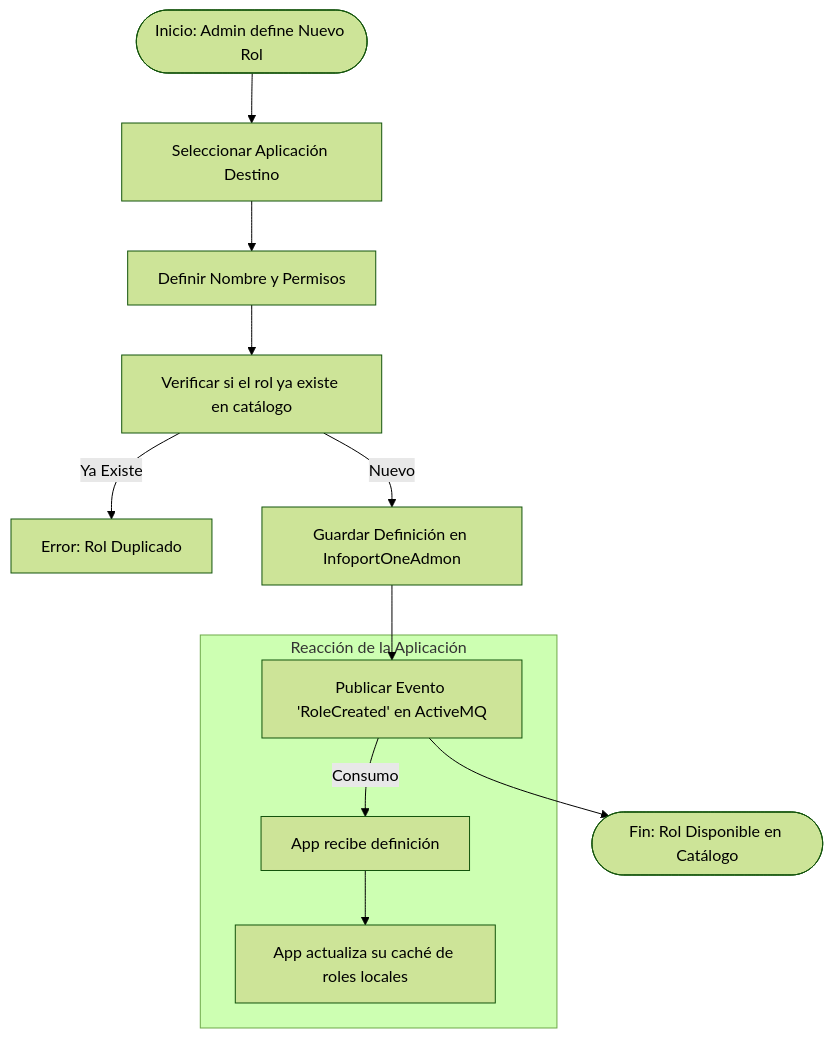
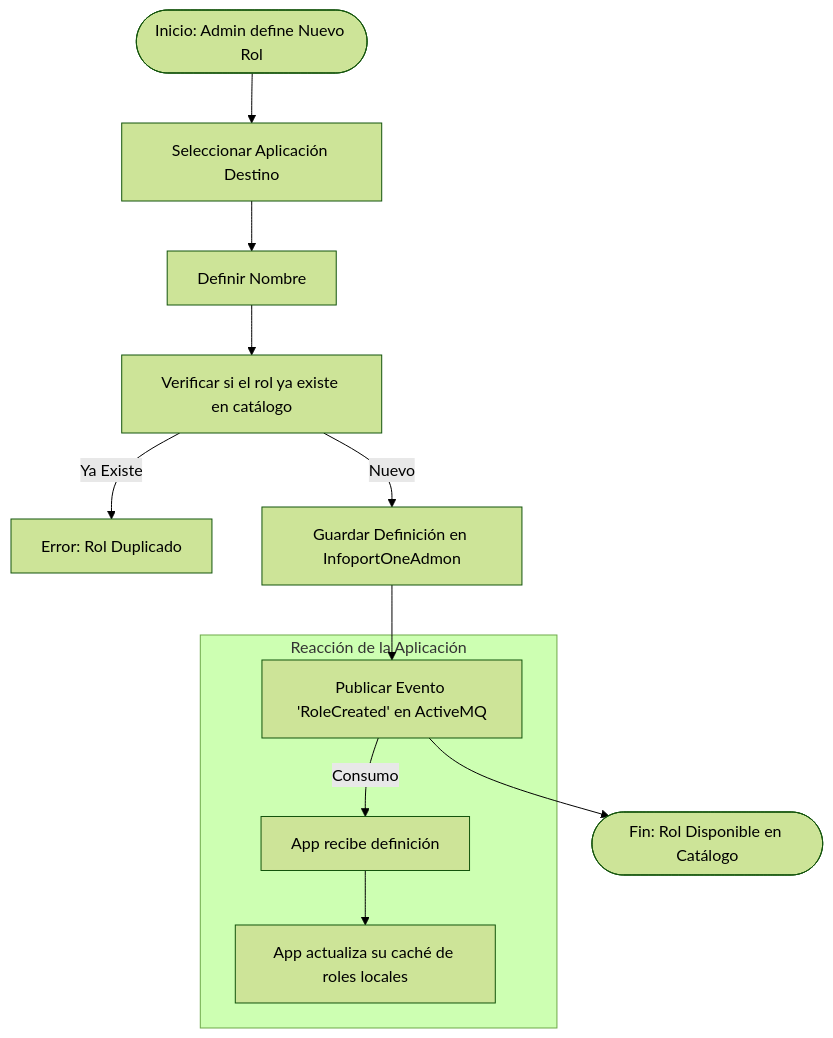
Before and after one commit to malbert-infoport/AI4Devs: the third of 7 diagrams in 01-Descripción general del Producto.md, drawn with Mermaid (forest theme). The commit also changed other lines of this file, not shown here.

Commit message:
Se ctualizan temas de permisos

````diff
--- a/01-Descripción general del Producto.md
+++ b/01-Descripción general del Producto.md
@@ -196,19 +195,19 @@
 ```mermaid
 graph TD
     Start([Inicio: Admin define Nuevo Rol]) --> SelectApp[Seleccionar Aplicación Destino]
     
-    SelectApp --> Define[Definir Nombre y Permisos]
+    SelectApp --> Define[Definir Nombre]
     Define --> DB_Check[Verificar si el rol ya existe en catálogo]
     
     DB_Check -->|Ya Existe| Error[Error: Rol Duplicado]
     DB_Check -->|Nuevo| Save[Guardar Definición en InfoportOneAdmon]
     
     Save --> Publish[Publicar Evento 'RoleCreated' en ActiveMQ]
     
     Publish --> End([Fin: Rol Disponible en Catálogo])
     
     subgraph "Reacción de la Aplicación"
     Publish -->|Consumo| AppListener[App recibe definición]
     AppListener --> AppCache[App actualiza su caché de roles locales]
     end
 ```
````
